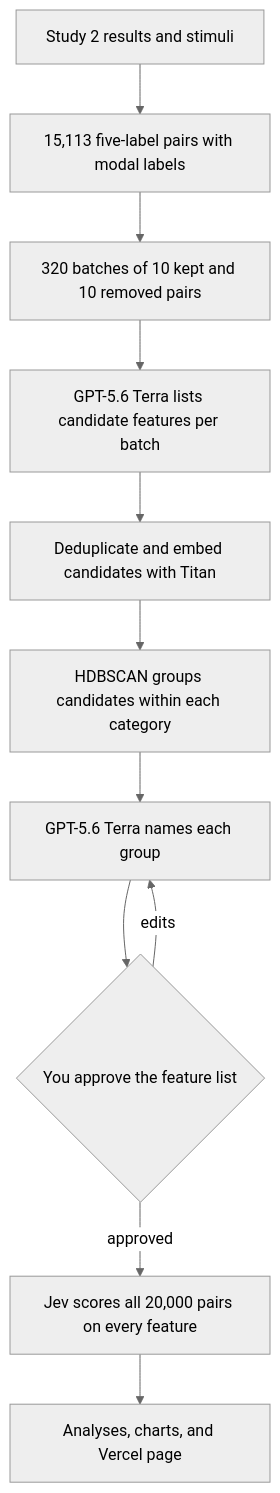
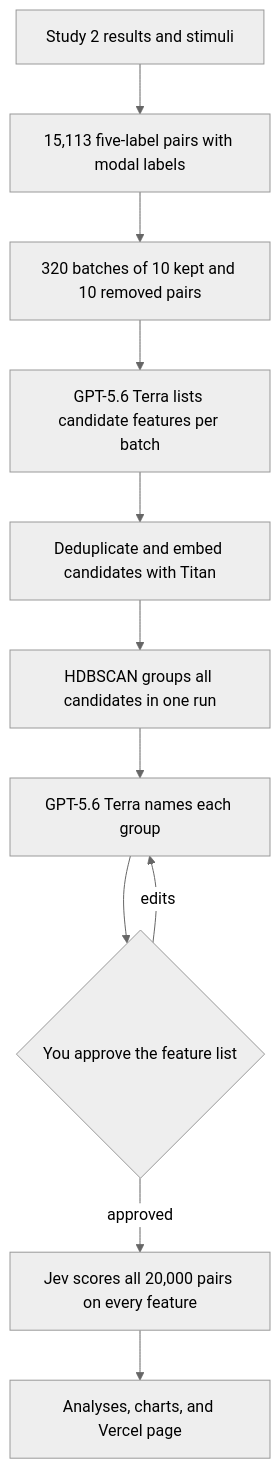
One commit to METResearchGroup/mirrorView-task changed the diagram in docs/plans/2026-09-29_study_2_llm_feature_extraction_863f17/plan.md. Above: the diagram before and after it, drawn with Mermaid (neutral theme). The commit also changed other lines of this file and 7 other files, not shown here.

````diff
--- a/docs/plans/2026-09-29_study_2_llm_feature_extraction_863f17/plan.md
+++ b/docs/plans/2026-09-29_study_2_llm_feature_extraction_863f17/plan.md
@@ -34,16 +34,16 @@
 ```mermaid
 flowchart TD
   data[Study 2 results and stimuli]
   cohort[15,113 five-label pairs with modal labels]
   batches[320 batches of 10 kept and 10 removed pairs]
   mine[GPT-5.6 Terra lists candidate features per batch]
   embed[Deduplicate and embed candidates with Titan]
-  cluster[HDBSCAN groups candidates within each category]
+  cluster[HDBSCAN groups all candidates in one run]
   name[GPT-5.6 Terra names each group]
   review{You approve the feature list}
   label[Jev scores all 20,000 pairs on every feature]
   analyze[Analyses, charts, and Vercel page]
   data --> cohort --> batches --> mine --> embed --> cluster --> name --> review
   review -->|approved| label --> analyze
   review -->|edits| name
 ```
````
